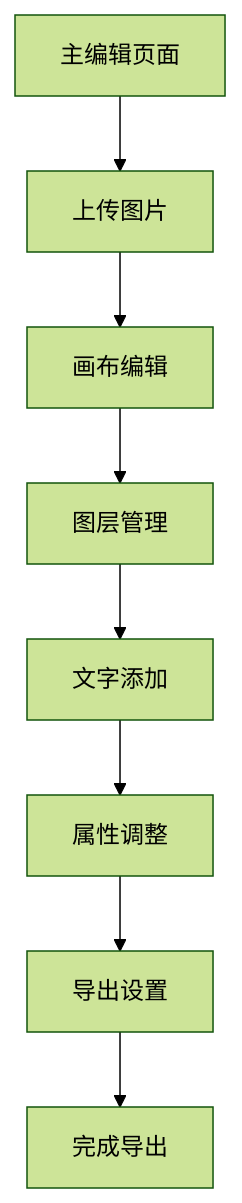
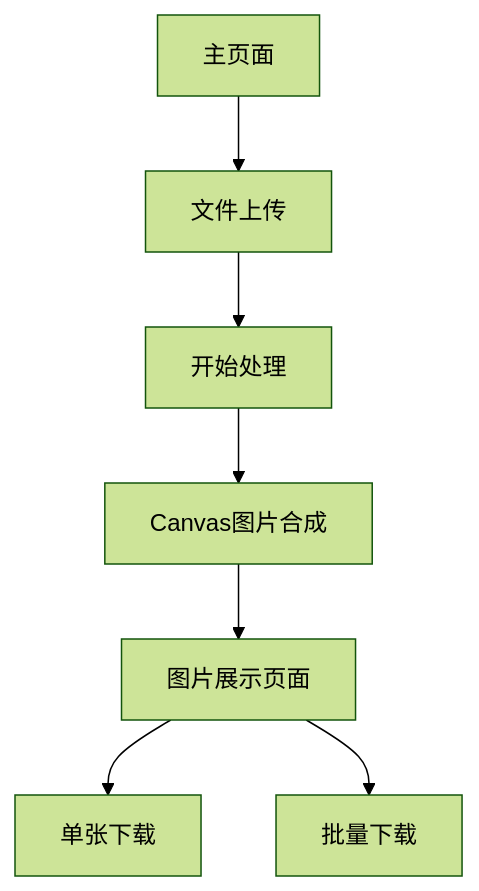
One commit to superworld213/esay-image changed the diagram in .trae/documents/product_requirements.md. Above: the diagram before and after it, drawn with Mermaid (forest theme). The commit also changed other lines of this file and 6320 other files, not shown here.

````diff
--- a/.trae/documents/product_requirements.md
+++ b/.trae/documents/product_requirements.md
@@ -42,10 +34,9 @@
 ```mermaid
 graph TD
-  A[主编辑页面] --> B[上传图片]
-  B --> C[画布编辑]
-  C --> D[图层管理]
-  D --> E[文字添加]
-  E --> F[属性调整]
-  F --> G[导出设置]
-  G --> H[完成导出]
+  A[主页面] --> B[文件上传]
+  B --> C[开始处理]
+  C --> D[Canvas图片合成]
+  D --> E[图片展示页面]
+  E --> F[单张下载]
+  E --> G[批量下载]
 ```
````
